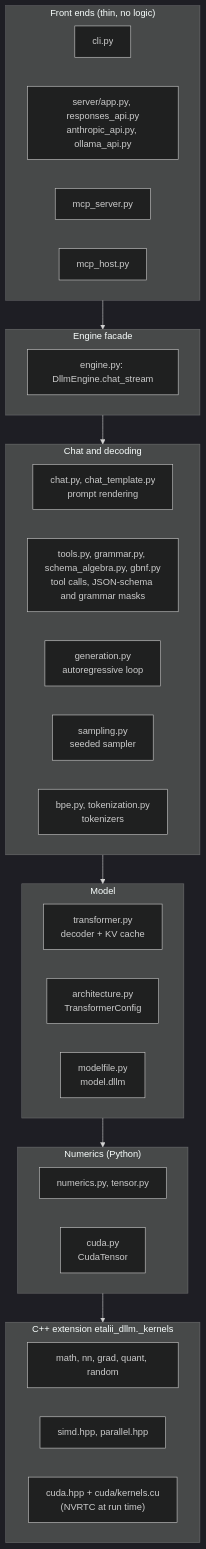
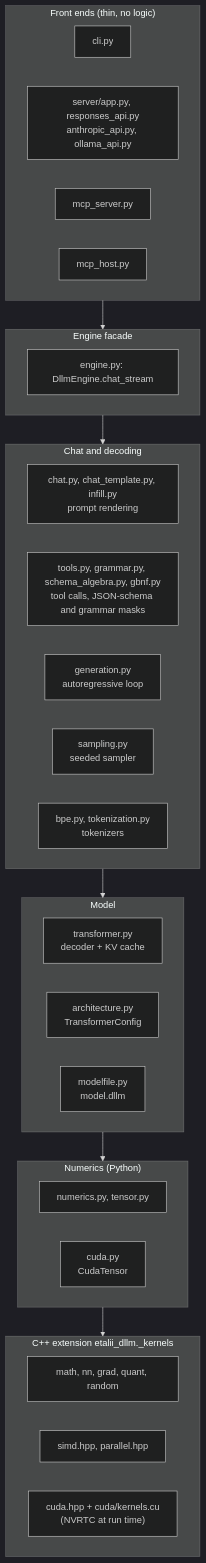
The second of 2 diagrams in docs/architecture/README.md (vrenken/etalii.dllm), drawn with Mermaid (dark theme) before and after one commit. The commit also changed other lines of this file and 18 other files, not shown here.

````diff
--- a/docs/architecture/README.md
+++ b/docs/architecture/README.md
@@ -80,45 +80,45 @@
 ```mermaid
 flowchart TB
     subgraph fe["Front ends (thin, no logic)"]
         direction LR
         cli["cli.py"]
         app["server/app.py, responses_api.py<br/>anthropic_api.py, ollama_api.py"]
         mcps["mcp_server.py"]
         mcph["mcp_host.py"]
     end
 
     subgraph eng["Engine facade"]
         engine["engine.py: DllmEngine.chat_stream"]
     end
 
     subgraph chat["Chat and decoding"]
         direction LR
-        tmpl["chat.py, chat_template.py<br/>prompt rendering"]
+        tmpl["chat.py, chat_template.py, infill.py<br/>prompt rendering"]
         tools["tools.py, grammar.py, schema_algebra.py, gbnf.py<br/>tool calls, JSON-schema and grammar masks"]
         gen["generation.py<br/>autoregressive loop"]
         samp["sampling.py<br/>seeded sampler"]
         tok["bpe.py, tokenization.py<br/>tokenizers"]
     end
 
     subgraph model["Model"]
         direction LR
         tr["transformer.py<br/>decoder + KV cache"]
         arch["architecture.py<br/>TransformerConfig"]
         mf["modelfile.py<br/>model.dllm"]
     end
 
     subgraph num["Numerics (Python)"]
         direction LR
         numerics["numerics.py, tensor.py"]
         cuda["cuda.py<br/>CudaTensor"]
     end
 
     subgraph cpp["C++ extension etalii_dllm._kernels"]
         direction LR
         kern["math, nn, grad, quant, random"]
         disp["simd.hpp, parallel.hpp"]
         cu["cuda.hpp + cuda/kernels.cu<br/>(NVRTC at run time)"]
     end
 
     fe --> eng --> chat --> model --> num --> cpp
 ```
````
